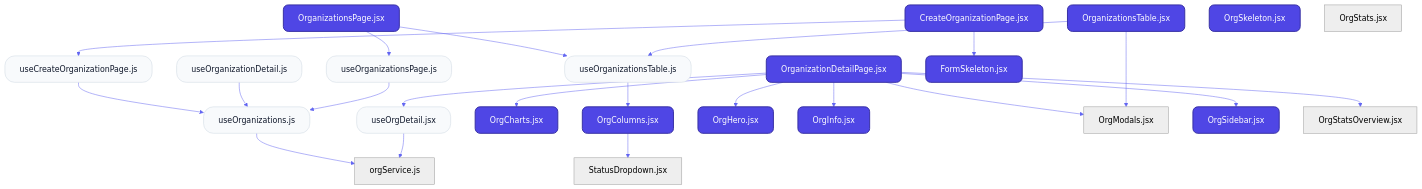
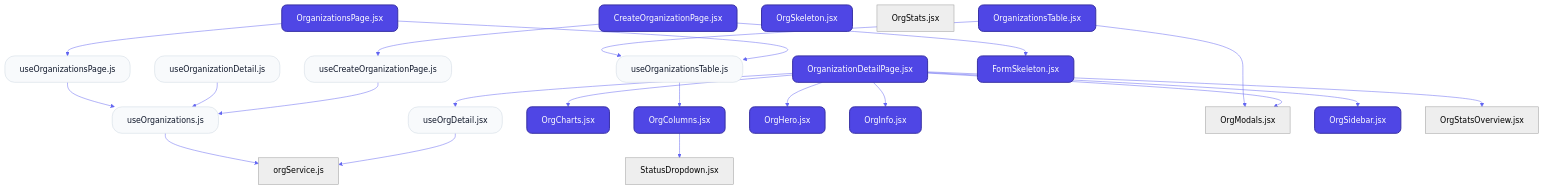
One commit to nexowebai/nexo-superadmin changed the first of 2 diagrams in src/features/organizations/README.md. Above: the diagram before and after it, drawn with Mermaid. The commit also changed other lines of this file and 2 other files, not shown here.

````diff
--- a/src/features/organizations/README.md
+++ b/src/features/organizations/README.md
@@ -12,50 +12,50 @@
 ```mermaid
 %%{init: {'theme': 'neutral', 'themeVariables': { 'fontFamily': 'Inter', 'lineColor': '#6366f1' }}}%%
 graph TD
     classDef page fill:#4f46e5,stroke:#3730a3,stroke-width:2px,color:#fff,rx:10,ry:10;
     classDef hook fill:#f8fafc,stroke:#cbd5e1,stroke-width:1px,color:#0f172a,rx:20,ry:20;
     classDef service fill:#0f172a,stroke:#000,stroke-width:2px,color:#f1f5f9,rx:5,ry:5;
 
     CreateOrganizationPagejsx["CreateOrganizationPage.jsx"]:::page
     OrganizationDetailPagejsx["OrganizationDetailPage.jsx"]:::page
     OrganizationsPagejsx["OrganizationsPage.jsx"]:::page
     useCreateOrganizationPagejs["useCreateOrganizationPage.js"]:::hook
+    useOrgDetailjsx["useOrgDetail.jsx"]:::hook
     useOrganizationDetailjs["useOrganizationDetail.js"]:::hook
     useOrganizationsjs["useOrganizations.js"]:::hook
     useOrganizationsPagejs["useOrganizationsPage.js"]:::hook
     useOrganizationsTablejs["useOrganizationsTable.js"]:::hook
-    useOrgDetailjsx["useOrgDetail.jsx"]:::hook
     orgServicejs["orgService.js"]
     FormSkeletonjsx["FormSkeleton.jsx"]:::page
-    OrganizationsTablejsx["OrganizationsTable.jsx"]:::page
     OrgChartsjsx["OrgCharts.jsx"]:::page
     OrgColumnsjsx["OrgColumns.jsx"]:::page
     OrgHerojsx["OrgHero.jsx"]:::page
     OrgInfojsx["OrgInfo.jsx"]:::page
     OrgModalsjsx["OrgModals.jsx"]
     OrgSidebarjsx["OrgSidebar.jsx"]:::page
     OrgSkeletonjsx["OrgSkeleton.jsx"]:::page
     OrgStatsjsx["OrgStats.jsx"]
     OrgStatsOverviewjsx["OrgStatsOverview.jsx"]
+    OrganizationsTablejsx["OrganizationsTable.jsx"]:::page
     StatusDropdownjsx["StatusDropdown.jsx"]
     CreateOrganizationPagejsx --> useCreateOrganizationPagejs
     CreateOrganizationPagejsx --> FormSkeletonjsx
     OrganizationDetailPagejsx --> OrgHerojsx
     OrganizationDetailPagejsx --> OrgInfojsx
     OrganizationDetailPagejsx --> OrgSidebarjsx
     OrganizationDetailPagejsx --> OrgChartsjsx
     OrganizationDetailPagejsx --> OrgStatsOverviewjsx
     OrganizationDetailPagejsx --> OrgModalsjsx
     OrganizationDetailPagejsx --> useOrgDetailjsx
     OrganizationsPagejsx --> useOrganizationsTablejs
     OrganizationsPagejsx --> useOrganizationsPagejs
     useCreateOrganizationPagejs --> useOrganizationsjs
+    useOrgDetailjsx --> orgServicejs
     useOrganizationDetailjs --> useOrganizationsjs
     useOrganizationsjs --> orgServicejs
     useOrganizationsPagejs --> useOrganizationsjs
     useOrganizationsTablejs --> OrgColumnsjsx
-    useOrgDetailjsx --> orgServicejs
+    OrgColumnsjsx --> StatusDropdownjsx
     OrganizationsTablejsx --> OrgModalsjsx
     OrganizationsTablejsx --> useOrganizationsTablejs
-    OrgColumnsjsx --> StatusDropdownjsx
 ```
````
